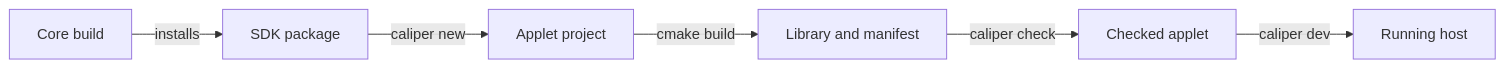
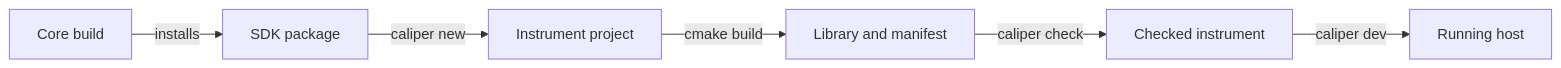
The diagram in docs/development/development-basics.md (AhmedKhan-GH/caliper), drawn with Mermaid before and after one commit. The commit also changed other lines of this file and 87 other files, not shown here.

First line of the commit message:
Docs: rename applet to instrument across docs site and root markdown

````diff
--- a/docs/development/development-basics.md
+++ b/docs/development/development-basics.md
@@ -5,8 +5,8 @@
 ```mermaid
 flowchart LR
     core[Core build] -->|installs| sdk[SDK package]
-    sdk -->|caliper new| project[Applet project]
+    sdk -->|caliper new| project[Instrument project]
     project -->|cmake build| lib[Library and manifest]
-    lib -->|caliper check| ok[Checked applet]
+    lib -->|caliper check| ok[Checked instrument]
     ok -->|caliper dev| run[Running host]
 ```
````
